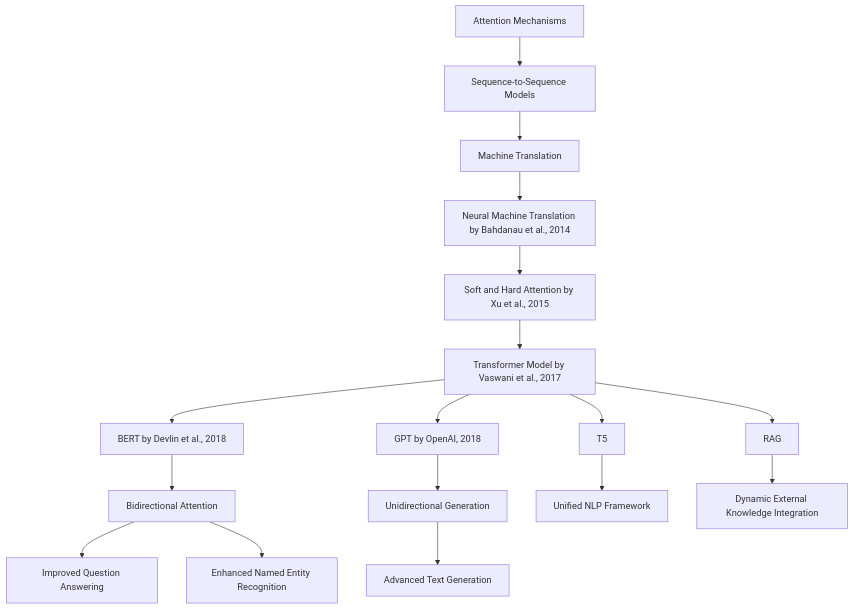
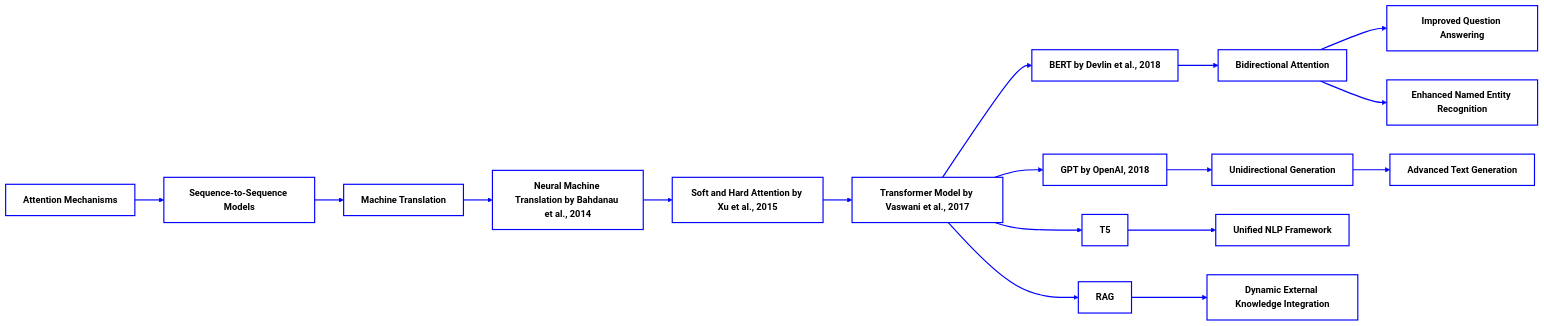
Before and after one commit to antomon/antomon.github.io: the first of 5 diagrams in posts/attentions/index.qmd, drawn with Mermaid. The commit also changed other lines of this file and 6 other files, not shown here.

````diff
--- a/posts/attentions/index.qmd
+++ b/posts/attentions/index.qmd
@@ -46,21 +46,24 @@
 ```{mermaid}
-%%| fig-cap: Diagramma di flusso dell'algoritmo di Bubble Sort
+%%| fig-cap: Self-Attention mechanism
 %%| fig-align: center
-flowchart TD
+flowchart LR
+    classDef default fill:#ffffff,stroke:#0000ff,stroke-width:2px,color:#000000,font-weight:bold
+    linkStyle default stroke:#0000ff,stroke-width:2px
+
     A[Attention Mechanisms] --> B[Sequence-to-Sequence Models]
     B --> C[Machine Translation]
     C --> D[Neural Machine Translation by Bahdanau et al., 2014]
     D --> E[Soft and Hard Attention by Xu et al., 2015]
     E --> F[Transformer Model by Vaswani et al., 2017]
     F --> G[BERT by Devlin et al., 2018]
     F --> H[GPT by OpenAI, 2018]
     G --> I[Bidirectional Attention]
     H --> J[Unidirectional Generation]
     I --> K[Improved Question Answering]
     I --> L[Enhanced Named Entity Recognition]
     J --> M[Advanced Text Generation]
     F --> N[T5]
     N --> O[Unified NLP Framework]
     F --> P[RAG]
     P --> Q[Dynamic External Knowledge Integration]
 ```
````
